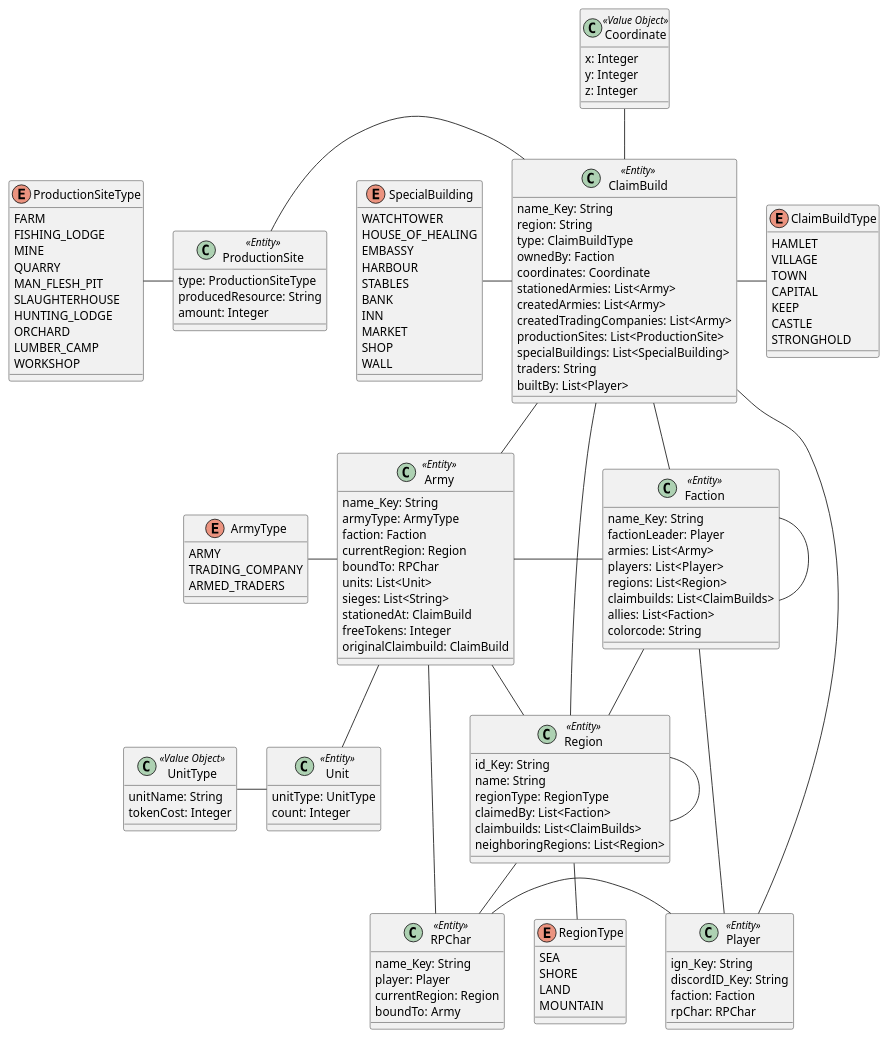
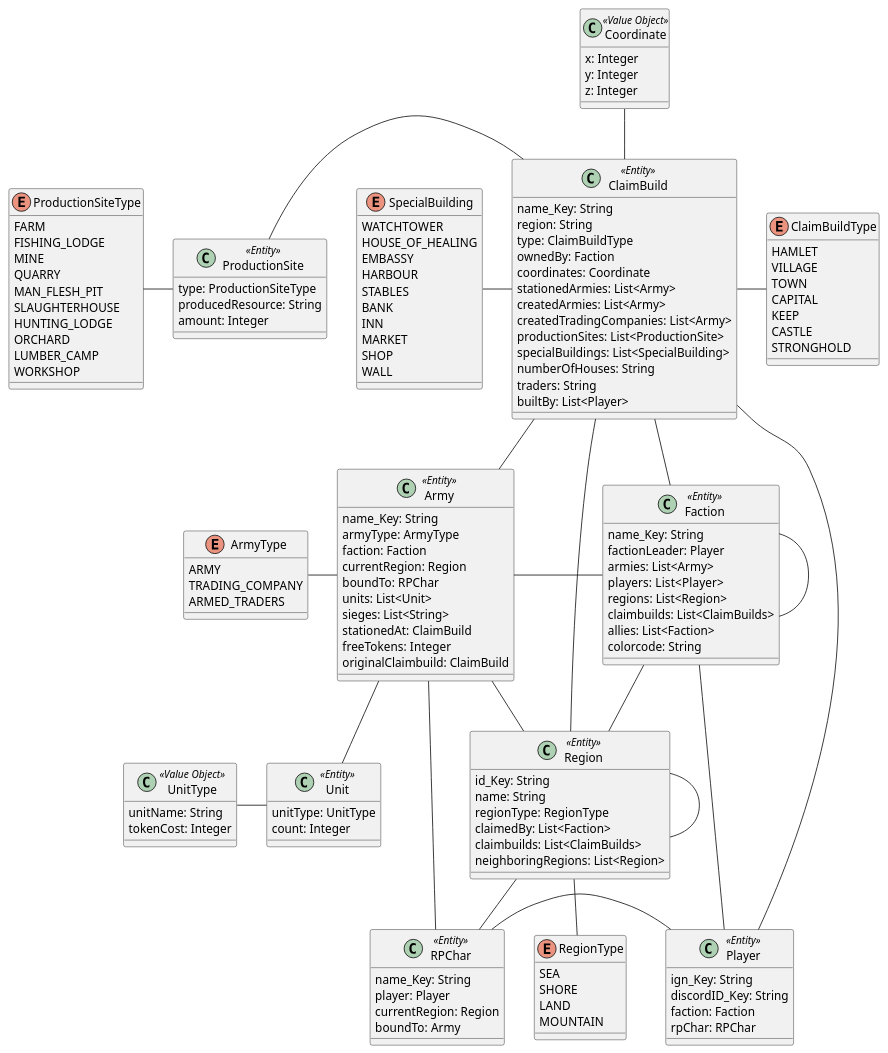
One commit to Team-KekX/Ardas-Legends-App changed the diagram in ALRoleplaySystem/src/main/java/puml/ArdasLegendsDomain.puml. Above: the diagram before and after it, drawn with PlantUML. The commit also changed 1 other file, not shown here.

Commit message:
Added amountOfHouses in claimbuilding
Added an amountOfHouses attribute in claimbuilding. This is mainly used
for staff and does not find any actual use in our program.

	- Added String amountOfHouses attribute in claimbuilding

```diff
--- a/ALRoleplaySystem/src/main/java/puml/ArdasLegendsDomain.puml
+++ b/ALRoleplaySystem/src/main/java/puml/ArdasLegendsDomain.puml
@@ -1,167 +1,168 @@
 @startuml
 class Region <<Entity>> {
     id_Key: String
     name: String
     regionType: RegionType
     claimedBy: List<Faction>
     claimbuilds: List<ClaimBuilds>
     neighboringRegions: List<Region>
 }
 
 enum RegionType {
     SEA
     SHORE
     LAND
     MOUNTAIN
 }
 
 class ClaimBuild <<Entity>> {
     name_Key: String
     region: String
     type: ClaimBuildType
     ownedBy: Faction
     coordinates: Coordinate
     stationedArmies: List<Army>
     createdArmies: List<Army>
     createdTradingCompanies: List<Army>
     productionSites: List<ProductionSite>
     specialBuildings: List<SpecialBuilding>
+    numberOfHouses: String
     traders: String
     builtBy: List<Player>
 }
 
 enum ClaimBuildType {
     HAMLET
     VILLAGE
     TOWN
     CAPITAL
     KEEP
     CASTLE
     STRONGHOLD
 }
 
 class Faction <<Entity>> {
     name_Key: String
     factionLeader: Player
     armies: List<Army>
     players:  List<Player>
     regions: List<Region>
     claimbuilds: List<ClaimBuilds>
     allies: List<Faction>
     colorcode: String
 }
 
 class Player <<Entity>> {
     ign_Key: String
     discordID_Key: String
     faction: Faction
     rpChar: RPChar
 }
 
 class RPChar <<Entity>> {
     name_Key: String
     player: Player
     currentRegion: Region
     boundTo: Army
 }
 
 class Coordinate <<Value Object>> {
     x: Integer
     y: Integer
     z: Integer
 }
 
 class ProductionSite <<Entity>> {
     type: ProductionSiteType
     producedResource: String
     amount: Integer
 }
 
 enum ProductionSiteType {
     FARM
     FISHING_LODGE
     MINE
     QUARRY
     MAN_FLESH_PIT
     SLAUGHTERHOUSE
     HUNTING_LODGE
     ORCHARD
     LUMBER_CAMP
     WORKSHOP
 }
 
 enum SpecialBuilding {
     WATCHTOWER
     HOUSE_OF_HEALING
     EMBASSY
     HARBOUR
     STABLES
     BANK
     INN
     MARKET
     SHOP
     WALL
 }
 
 class Army <<Entity>> {
     name_Key: String
     armyType: ArmyType
     faction: Faction
     currentRegion: Region
     boundTo: RPChar
     units: List<Unit>
     sieges: List<String>
     stationedAt: ClaimBuild
     freeTokens: Integer
     originalClaimbuild: ClaimBuild
 }
 
 enum ArmyType {
     ARMY
     TRADING_COMPANY
     ARMED_TRADERS
 }
 
 class Unit <<Entity>> {
     unitType: UnitType
     count: Integer
 }
 
 class UnitType <<Value Object>> {
     unitName: String
     tokenCost: Integer
 }
 
 Region -  ClaimBuild
 Region - Region
 Region -down- RPChar
 RegionType -up- Region
 
 Faction -down- Region
 Faction -right Player
 Faction -left Army
 Faction -up- ClaimBuild
 Faction - Faction
 
 ClaimBuild - Player
 ClaimBuild -right- ClaimBuildType
 ClaimBuild -up- Coordinate
 ClaimBuild - Army
 
 ProductionSite - ClaimBuild
 SpecialBuilding - ClaimBuild
 
 ProductionSite -left- ProductionSiteType
 
 
 RPChar - Player
 
 Army -down- Unit
 Army - Region
 Army - RPChar
 
 ArmyType - Army
 
 UnitType - Unit
 
 @enduml
```
